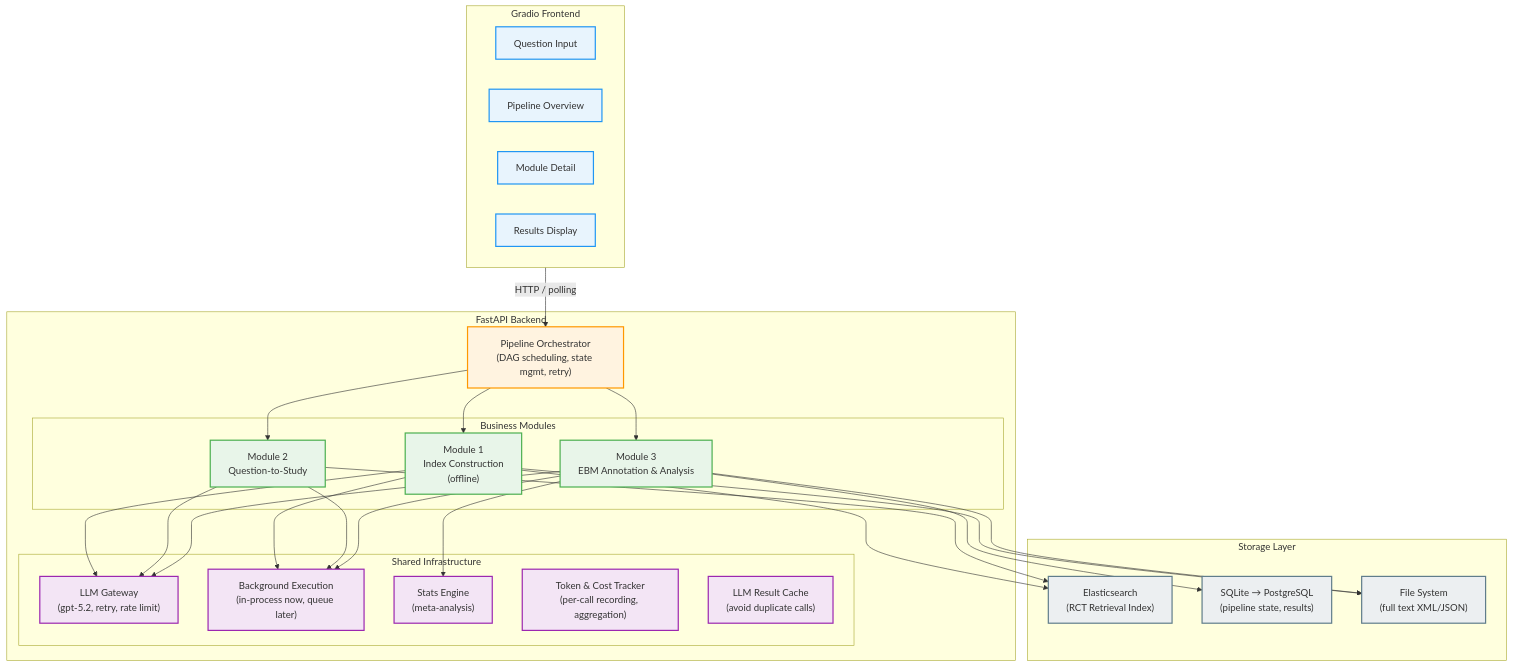
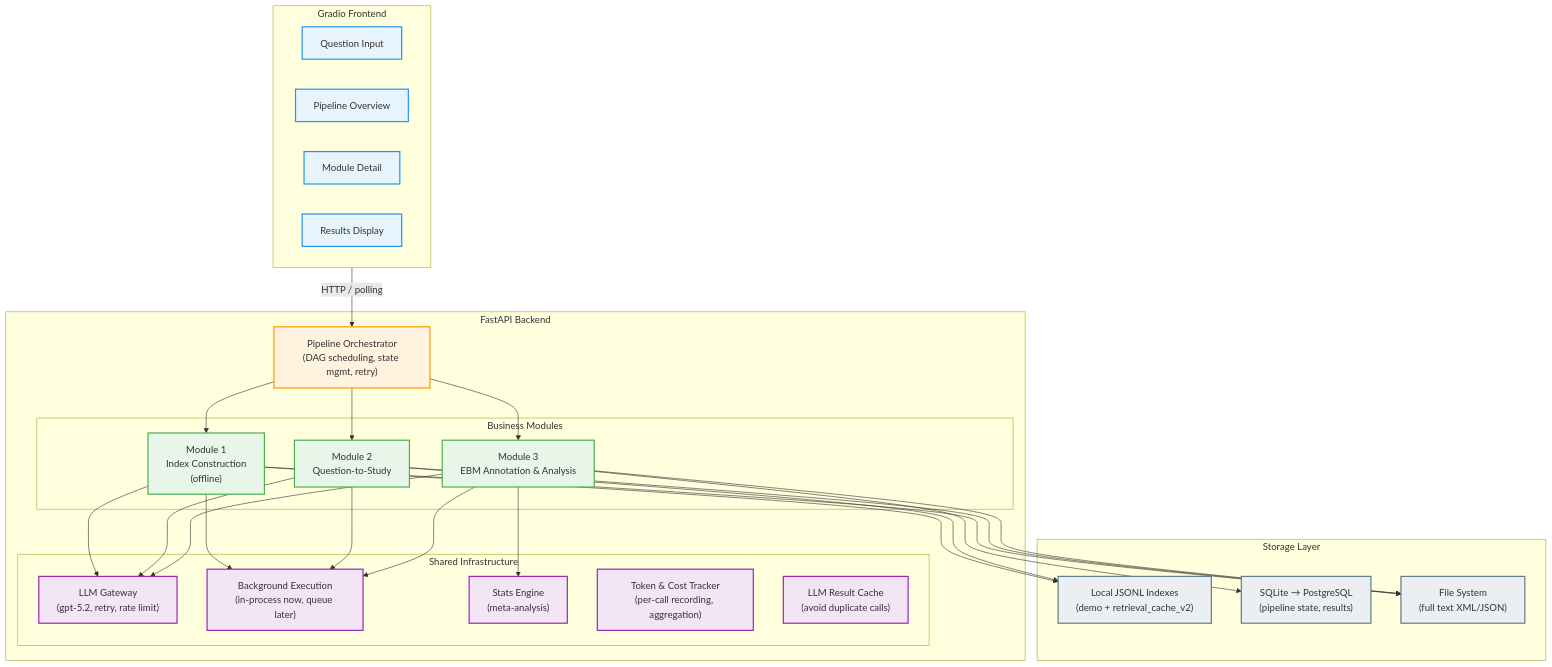
Before and after one commit to jerry-lht/ebm-online: the first of 6 diagrams in docs/architecture/architecture-design.md, drawn with Mermaid. The commit also changed other lines of this file and 472 other files, not shown here.

````diff
--- a/docs/architecture/architecture-design.md
+++ b/docs/architecture/architecture-design.md
@@ -15,56 +20,57 @@
 ```mermaid
 graph TD
     classDef frontend fill:#E8F4FD,stroke:#2196F3,stroke-width:2px
     classDef backend fill:#FFF3E0,stroke:#FF9800,stroke-width:2px
     classDef module fill:#E8F5E9,stroke:#4CAF50,stroke-width:2px
     classDef infra fill:#F3E5F5,stroke:#9C27B0,stroke-width:2px
     classDef storage fill:#ECEFF1,stroke:#607D8B,stroke-width:2px
 
     subgraph FE["Gradio Frontend"]
         F1["Question Input"]:::frontend
         F2["Pipeline Overview"]:::frontend
         F3["Module Detail"]:::frontend
         F4["Results Display"]:::frontend
     end
 
     subgraph BE["FastAPI Backend"]
         ORCH["Pipeline Orchestrator<br/>(DAG scheduling, state mgmt, retry)"]:::backend
 
         subgraph MODULES["Business Modules"]
             M1["Module 1<br/>Index Construction<br/>(offline)"]:::module
             M2["Module 2<br/>Question-to-Study"]:::module
             M3["Module 3<br/>EBM Annotation & Analysis"]:::module
         end
 
         subgraph INFRA["Shared Infrastructure"]
             LLM["LLM Gateway<br/>(gpt-5.2, retry, rate limit)"]:::infra
             TQ["Background Execution<br/>(in-process now, queue later)"]:::infra
             STATS["Stats Engine<br/>(meta-analysis)"]:::infra
             TRACKER["Token & Cost Tracker<br/>(per-call recording, aggregation)"]:::infra
             CACHE["LLM Result Cache<br/>(avoid duplicate calls)"]:::infra
         end
     end
 
     subgraph STORE["Storage Layer"]
-        ES["Elasticsearch<br/>(RCT Retrieval Index)"]:::storage
+        IDX["Local JSONL Indexes<br/>(demo + retrieval_cache_v2)"]:::storage
         DB["SQLite → PostgreSQL<br/>(pipeline state, results)"]:::storage
         FS["File System<br/>(full text XML/JSON)"]:::storage
     end
 
     FE -->|"HTTP / polling"| ORCH
     ORCH --> M1
     ORCH --> M2
     ORCH --> M3
     M1 --> LLM
     M2 --> LLM
     M3 --> LLM
     M3 --> STATS
     M1 --> TQ
     M2 --> TQ
     M3 --> TQ
-    M1 --> ES
-    M2 --> ES
+    M1 --> IDX
+    M2 --> IDX
     M3 --> DB
     M1 --> FS
+    M2 --> FS
     M3 --> FS
 ```
````
